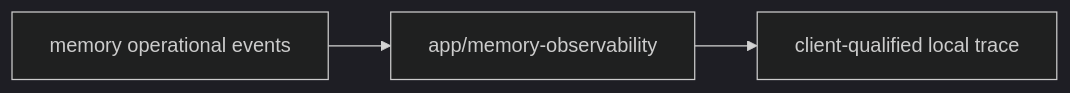
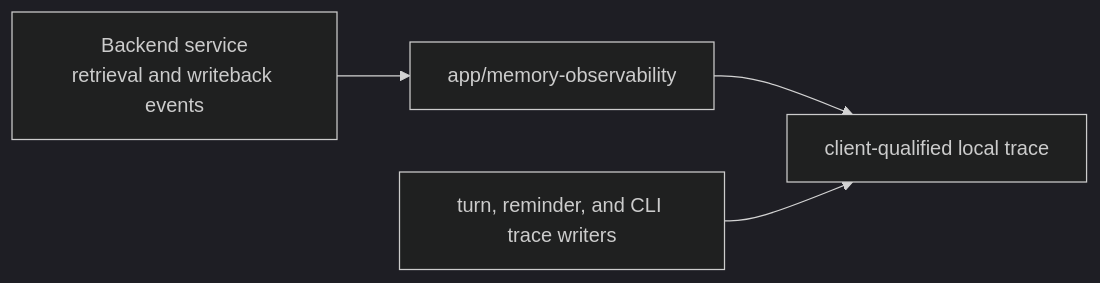
Before and after one commit to SimonEskildse/memorax-code: the sixth of 7 diagrams in ARCHITECTURE.md, drawn with Mermaid (dark theme). The commit also changed other lines of this file and 4 other files, not shown here.

Commit message:
docs:(architecture) align runtime contracts and diagrams with implementation

````diff
--- a/ARCHITECTURE.md
+++ b/ARCHITECTURE.md
@@ -818,9 +871,11 @@
 ```mermaid
 flowchart LR
-  Events["memory operational events"]
+  Events["Backend service<br/>retrieval and writeback events"]
   Fanout["app/memory-observability"]
+  LocalWriters["turn, reminder, and CLI trace writers"]
   Trace["client-qualified local trace"]
 
   Events --> Fanout
   Fanout --> Trace
+  LocalWriters --> Trace
 ```
````
